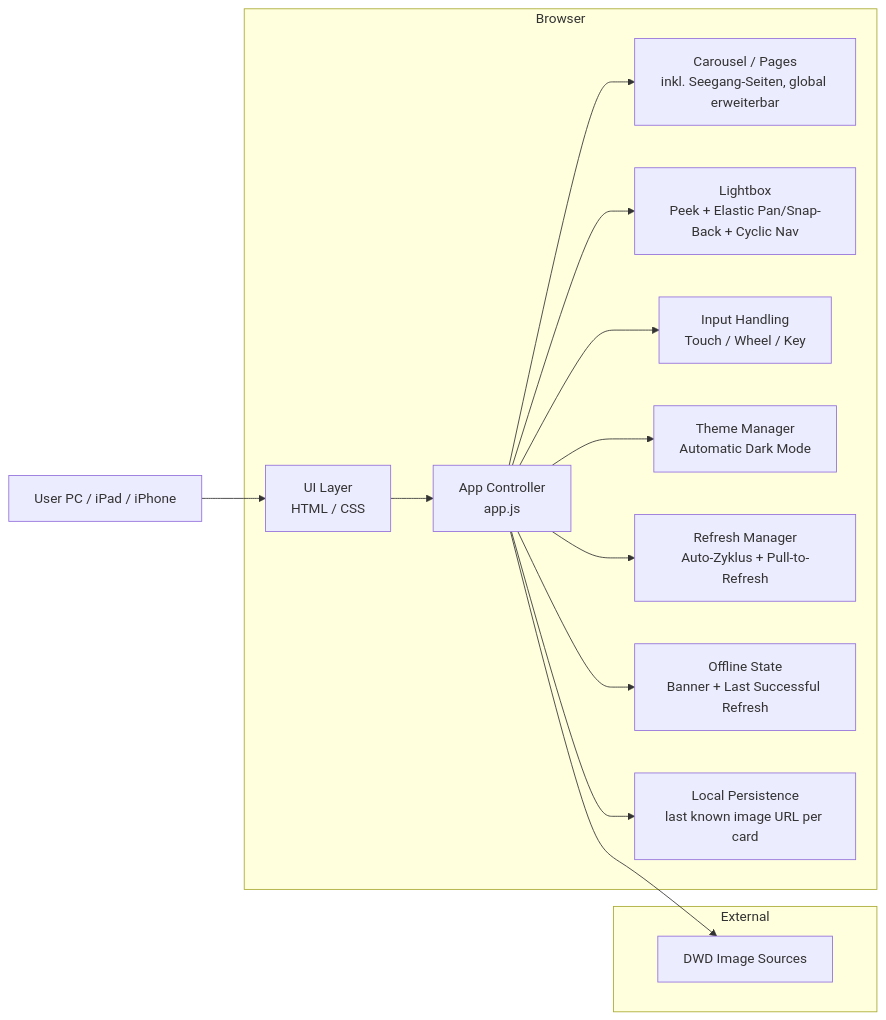
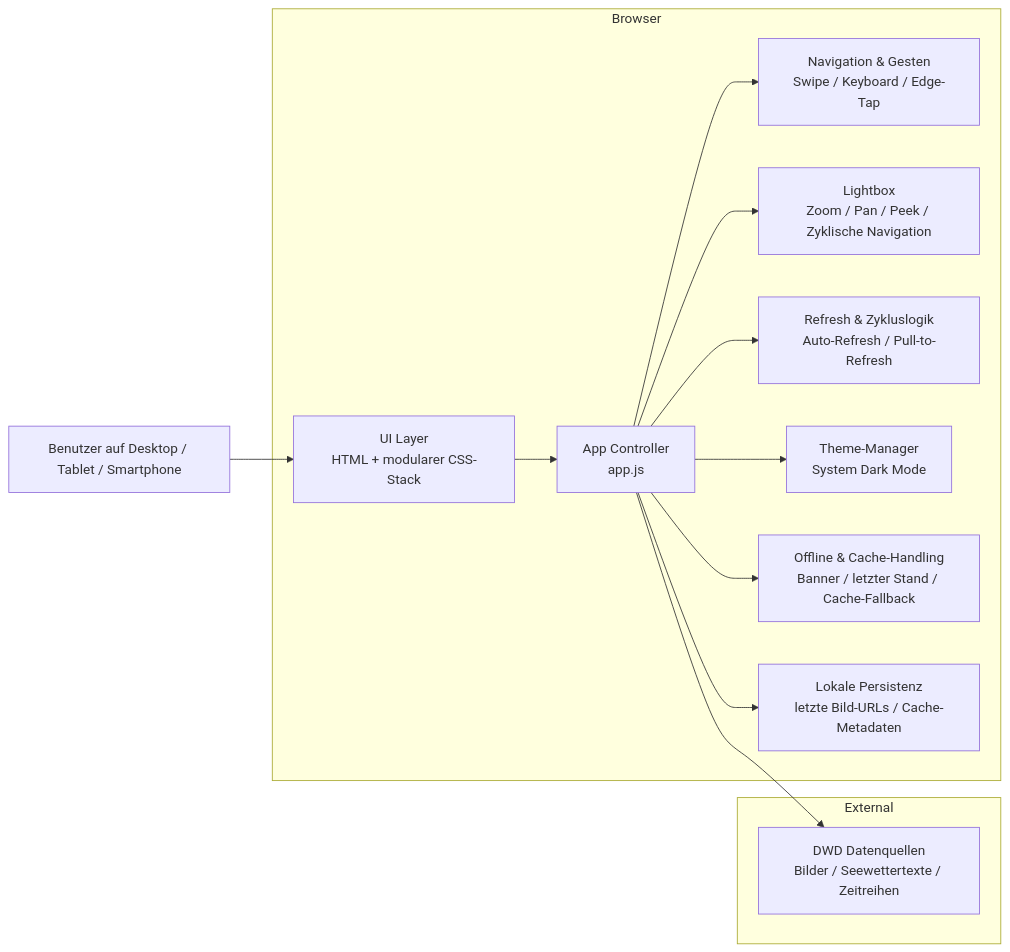
The diagram in docs/Gesamtarchitektur.md (w465jt7pm9-cpu/dwd-dashboard), drawn with Mermaid before and after one commit. The commit also changed other lines of this file and 5 other files, not shown here.

Commit message:
docs: align architecture and UI docs with latest tide feature

````diff
--- a/docs/Gesamtarchitektur.md
+++ b/docs/Gesamtarchitektur.md
@@ -8,28 +18,29 @@
 ```mermaid
 flowchart LR
-  User[User PC / iPad / iPhone]
+  User[Benutzer auf Desktop / Tablet / Smartphone]
+
   subgraph Browser
-    UI[UI Layer<br/>HTML / CSS]
+    UI[UI Layer<br/>HTML + modularer CSS-Stack]
     App[App Controller<br/>app.js]
-    Carousel[Carousel / Pages<br/>inkl. Seegang-Seiten, global erweiterbar]
-    Lightbox[Lightbox<br/>Peek + Elastic Pan/Snap-Back + Cyclic Nav]
-    Gestures[Input Handling<br/>Touch / Wheel / Key]
-    Theme[Theme Manager<br/>Automatic Dark Mode]
-    Refresh[Refresh Manager<br/>Auto-Zyklus + Pull-to-Refresh]
-    OfflineState[Offline State<br/>Banner + Last Successful Refresh]
-    Persistence[Local Persistence<br/>last known image URL per card]
+    Nav[Navigation & Gesten<br/>Swipe / Keyboard / Edge-Tap]
+    Lightbox[Lightbox<br/>Zoom / Pan / Peek / Zyklische Navigation]
+    Refresh[Refresh & Zykluslogik<br/>Auto-Refresh / Pull-to-Refresh]
+    Theme[Theme-Manager<br/>System Dark Mode]
+    Offline[Offline & Cache-Handling<br/>Banner / letzter Stand / Cache-Fallback]
+    Persistence[Lokale Persistenz<br/>letzte Bild-URLs / Cache-Metadaten]
   end
+
   subgraph External
-    DWD[DWD Image Sources]
+    DWD[DWD Datenquellen<br/>Bilder / Seewettertexte / Zeitreihen]
   end
+
   User --> UI
   UI --> App
-  App --> Carousel
+  App --> Nav
   App --> Lightbox
-  App --> Gestures
+  App --> Refresh
   App --> Theme
-  App --> Refresh
-  App --> OfflineState
+  App --> Offline
   App --> Persistence
   App --> DWD
 ```
````
